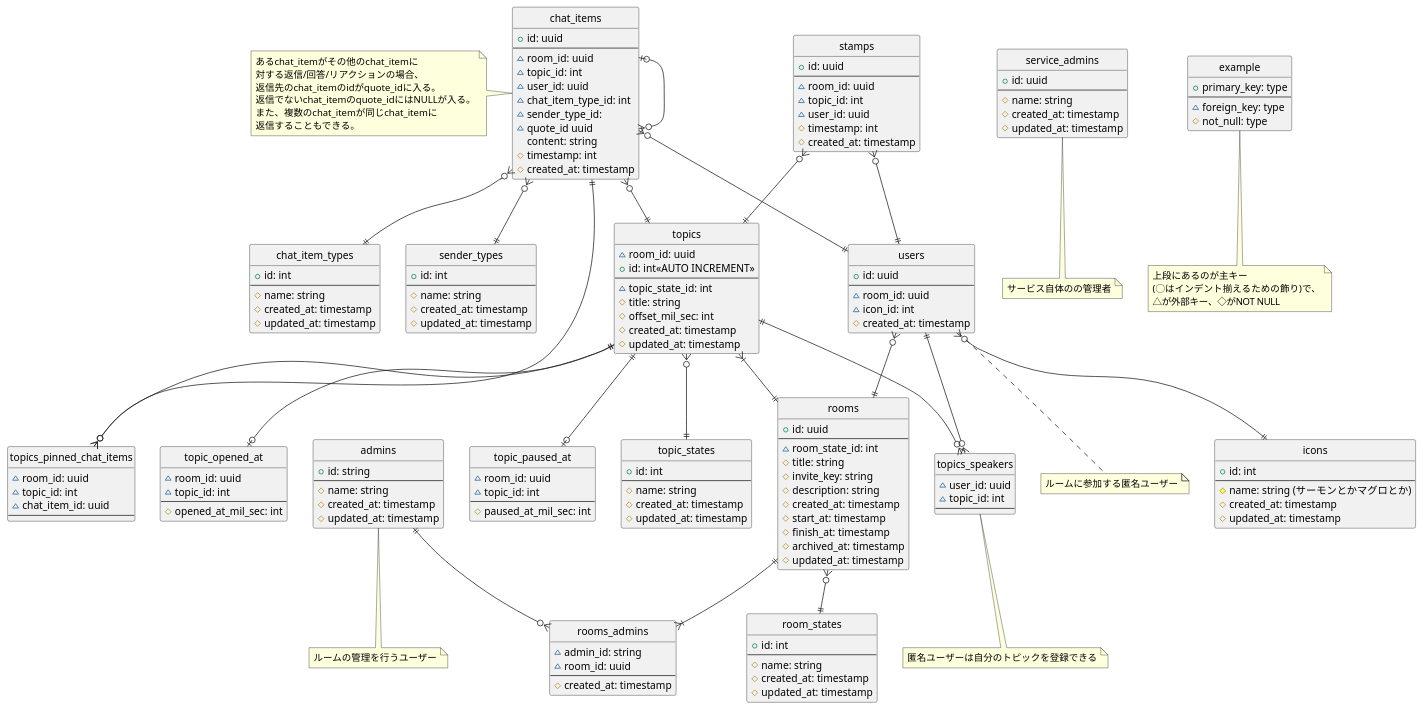
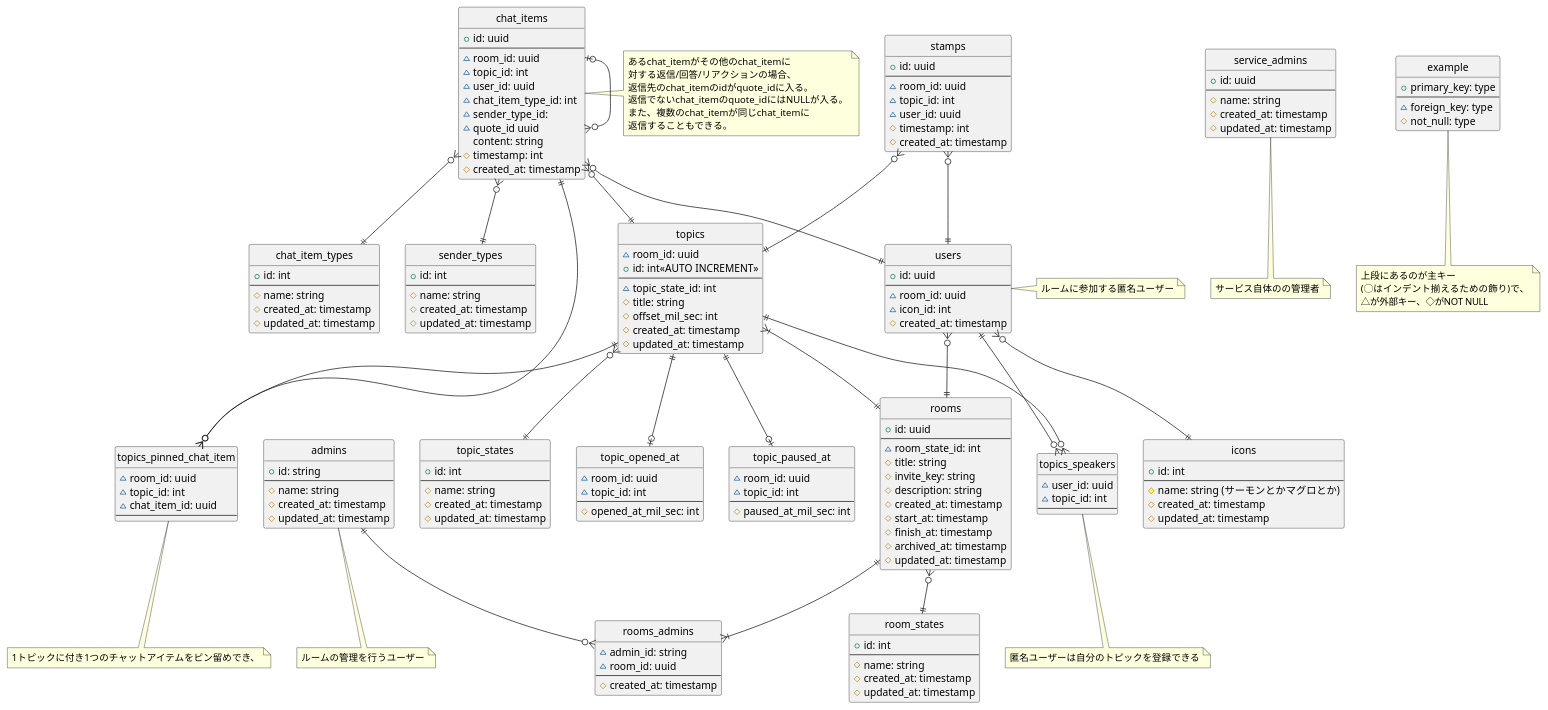
The diagram in doc/ER/ER_logic.puml (osushi-academy/sushi-chat), drawn with PlantUML before and after one commit.

Commit message:
Added comment for topics_pinnded_chat_item

```diff
--- a/doc/ER/ER_logic.puml
+++ b/doc/ER/ER_logic.puml
@@ -1,194 +1,198 @@
 @startuml
 
 hide circle
 skinparam inetype ortho
 
 entity users {
     +id: uuid
     --
     ~room_id: uuid
     ~icon_id: int
     #created_at: timestamp
 }
-note bottom: ルームに参加する匿名ユーザー
+note right: ルームに参加する匿名ユーザー
 
 entity topics_speakers{
     ~user_id: uuid
     ~topic_id: int
     --
 }
 note bottom: 匿名ユーザーは自分のトピックを登録できる
 
 entity admins {
     +id: string
     --
     #name: string
     #created_at: timestamp
     #updated_at: timestamp
 }
 note bottom: ルームの管理を行うユーザー
 
 entity rooms_admins {
     ~admin_id: string
     ~room_id: uuid
     --
     #created_at: timestamp
 }
 
 entity service_admins {
     +id: uuid
     --
     #name: string
     #created_at: timestamp
     #updated_at: timestamp
 }
 note bottom: サービス自体のの管理者
 
 entity icons {
     +id: int
     --
     #name: string (サーモンとかマグロとか)
     #created_at: timestamp
     #updated_at: timestamp
 }
 
 entity rooms {
     +id: uuid
     --
     ~room_state_id: int
     #title: string
     #invite_key: string
     #description: string
     #created_at: timestamp
     #start_at: timestamp
     #finish_at: timestamp
     #archived_at: timestamp
     #updated_at: timestamp
 }
 
 entity room_states {
     +id: int
     --
     #name: string
     #created_at: timestamp
     #updated_at: timestamp
 }
 
 entity topics {
     ~room_id: uuid
     +id: int<<AUTO INCREMENT>>
     --
     ~topic_state_id: int
     #title: string
     #offset_mil_sec: int
     #created_at: timestamp
     #updated_at: timestamp
 }
 
-entity topics_pinned_chat_items {
+entity topics_pinned_chat_item {
     ~room_id: uuid
     ~topic_id: int
     ~chat_item_id: uuid
     --
 }
+note bottom of topics_pinned_chat_item
+  1トピックに付き1つのチャットアイテムをピン留めでき、\
+
+end note
 
 entity topic_states {
     +id: int
     --
     #name: string
     #created_at: timestamp
     #updated_at: timestamp
 }
 
 entity topic_opened_at {
     ~room_id: uuid
     ~topic_id: int
     --
     #opened_at_mil_sec: int
 }
 
 entity topic_paused_at{
     ~room_id: uuid
     ~topic_id: int
     --
     #paused_at_mil_sec: int
 }
 
 entity chat_items {
     +id: uuid
     --
     ~room_id: uuid
     ~topic_id: int
     ~user_id: uuid
     ~chat_item_type_id: int
     ~sender_type_id:
     ~quote_id uuid
     content: string
     #timestamp: int
     #created_at: timestamp
 }
-note left of chat_items
+note right of chat_items
  あるchat_itemがその他のchat_itemに
  対する返信/回答/リアクションの場合、
  返信先のchat_itemのidがquote_idに入る。
  返信でないchat_itemのquote_idにはNULLが入る。
  また、複数のchat_itemが同じchat_itemに
  返信することもできる。
 end note
 
 entity chat_item_types {
     +id: int
     --
     #name: string
     #created_at: timestamp
     #updated_at: timestamp
 }
 
 entity sender_types {
     +id: int
     --
     #name: string
     #created_at: timestamp
     #updated_at: timestamp
 }
 
 entity stamps {
     +id: uuid
     --
     ~room_id: uuid
     ~topic_id: int
     ~user_id: uuid
     #timestamp: int
     #created_at: timestamp
 }
 
 users }o--|| icons
 users }o--|| rooms
 users ||--o{ topics_speakers
 topics ||--o{ topics_speakers
 admins ||--o{ rooms_admins
 rooms ||--|{ rooms_admins
 rooms }o--|| room_states
 topics }|--|| rooms
-topics ||--o{ topics_pinned_chat_items
+topics ||--o{ topics_pinned_chat_item
 topics }o--|| topic_states
 topics ||--o| topic_opened_at
 topics ||--o| topic_paused_at
-chat_items||--o{ topics_pinned_chat_items
+chat_items||--o{ topics_pinned_chat_item
 chat_items }o--|| topics
 chat_items }o--|| users
 chat_items }o--|| chat_item_types
 chat_items |o--o{ chat_items
 chat_items }o--|| sender_types
 stamps }o--|| topics
 stamps }o--|| users
 
 entity example {
     +primary_key: type
     --
     ~foreign_key: type
     #not_null: type
 }
 note bottom: 上段にあるのが主キー\n(◯はインデント揃えるための飾り)で、\n△が外部キー、◇がNOT NULL
 
 @enduml
```
